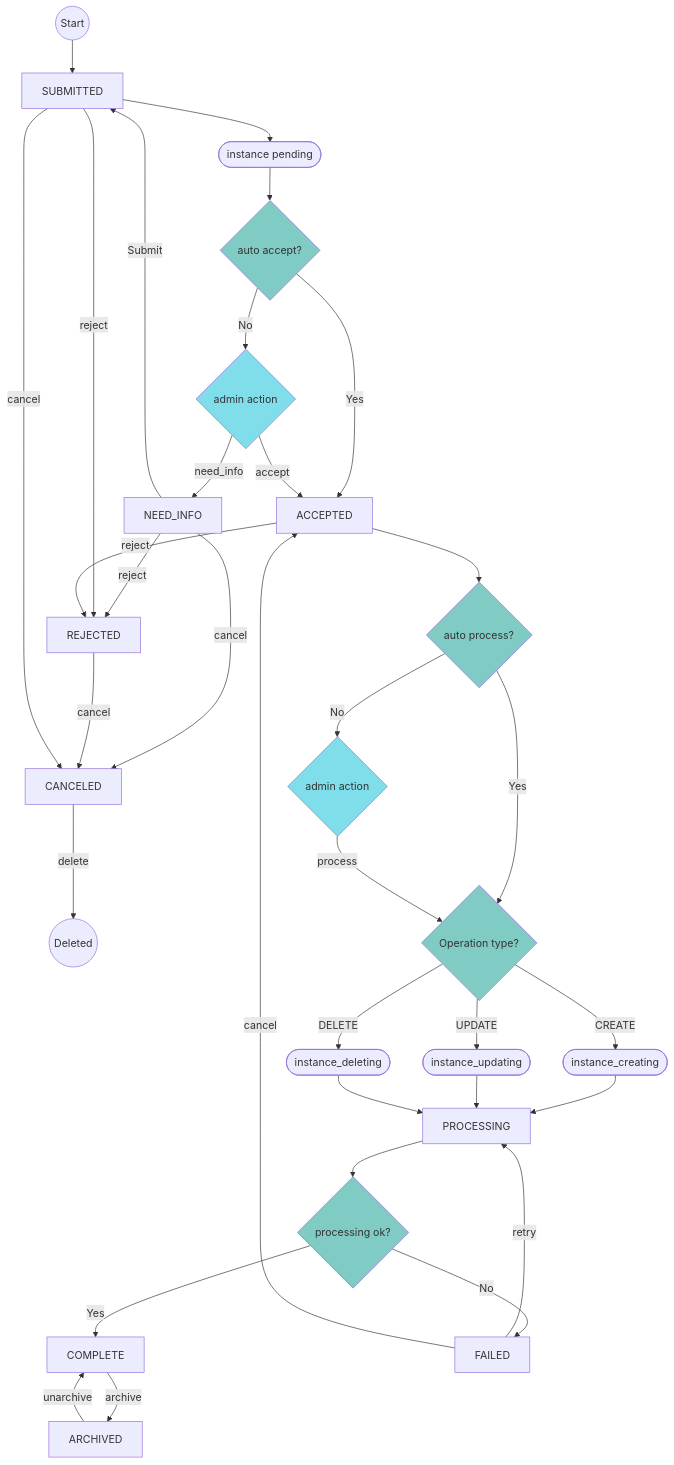
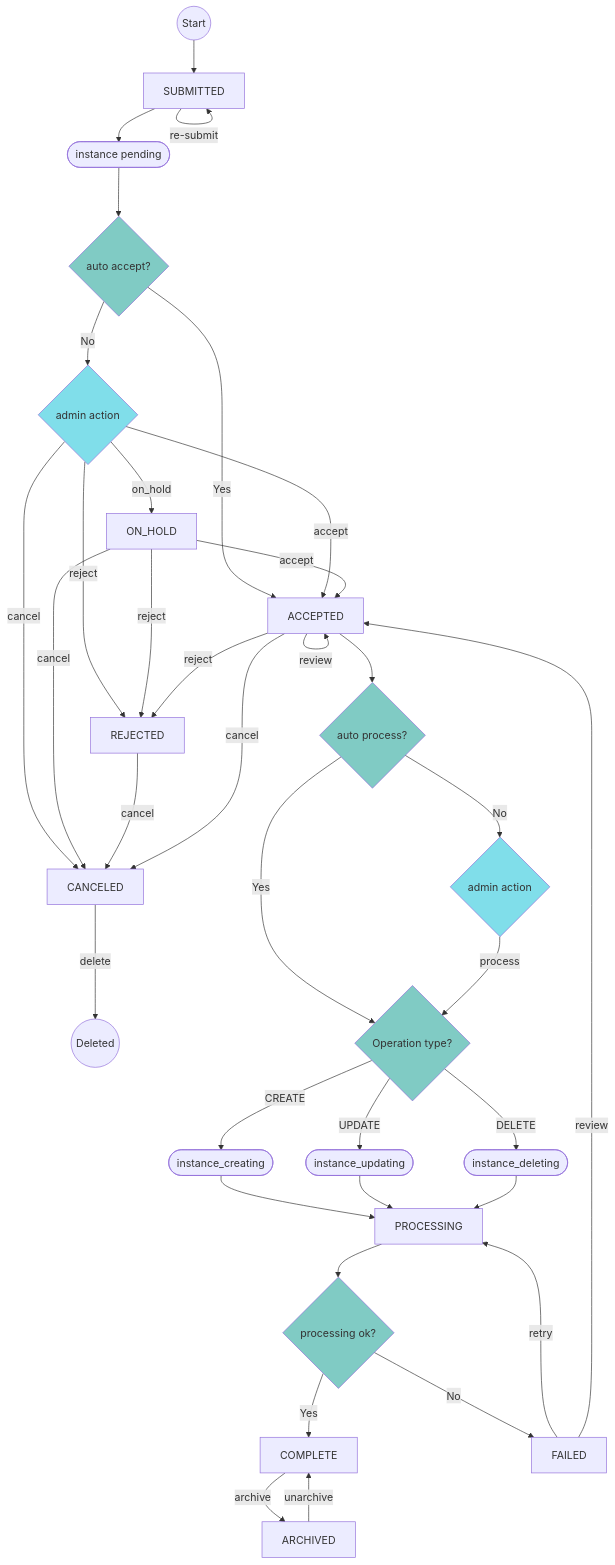
One commit to HewlettPackard/squest changed the diagram in docs/dev/request-state-machine.md. Above: the diagram before and after it, drawn with Mermaid. The commit also changed 29 other files, not shown here.

Commit message:
[Enhancement] "On hold" instead of "Need info" state

````diff
--- a/docs/dev/request-state-machine.md
+++ b/docs/dev/request-state-machine.md
@@ -5,63 +5,66 @@
 ```mermaid
 graph TB
    
     start((Start))
     submitted[SUBMITTED]
     start --> submitted
     auto_accept{auto accept?}
     style auto_accept fill:#80CBC4
     instance_pending([instance pending])
     submitted --> instance_pending
+    submitted --> |re-submit|submitted
     instance_pending --> auto_accept
     accepted[ACCEPTED]
     auto_accept -->|Yes| accepted
     admin_action_1{admin action}
     style admin_action_1 fill:#80DEEA
     auto_accept -->|No| admin_action_1
-    need_info[NEED_INFO]
-    admin_action_1 -->|need_info| need_info
+    on_hold[ON_HOLD]
+    admin_action_1 -->|on_hold| on_hold
+    admin_action_1 -->|cancel| canceled
+    admin_action_1 -->|reject| rejected
     admin_action_1 -->|accept| accepted
     rejected[REJECTED]
-    need_info -->|reject| rejected
-    need_info -->|Submit| submitted
+    on_hold -->|reject| rejected
     canceled[CANCELED]
-    need_info --> |cancel|canceled
+    on_hold --> |cancel|canceled
+    on_hold --> |accept|accepted
     rejected --> |cancel|canceled
-    submitted --> |cancel|canceled
-    submitted -->|reject| rejected
     canceled --> |delete| deleted
     deleted((Deleted))
     auto_pocess{auto process?}
     style auto_pocess fill:#80CBC4
     accepted --> auto_pocess
     accepted -->|reject| rejected
+    accepted -->|review| accepted
+    accepted -->|cancel| canceled
     auto_pocess --> |Yes| operation_type
     admin_action_2{admin action}
     auto_pocess --> |No| admin_action_2
     admin_action_2 --> |process| operation_type
     style admin_action_2 fill:#80DEEA
     operation_type{Operation type?}
     style operation_type fill:#80CBC4
     instance_creating([instance_creating])
     instance_updating([instance_updating])
     instance_deleting([instance_deleting])
     operation_type --> |CREATE| instance_creating
     operation_type --> |UPDATE| instance_updating
     operation_type --> |DELETE| instance_deleting
     processing[PROCESSING]   
     instance_creating --> processing
     instance_updating --> processing
     instance_deleting --> processing
     processing_ok{processing ok?}
     style processing_ok fill:#80CBC4
     processing --> processing_ok
     complete[COMPLETE] 
     failed[FAILED] 
     processing_ok --> |Yes| complete
     processing_ok --> |No| failed
     failed --> |retry| processing
-    failed --> |cancel| accepted
+    failed --> |review| accepted
     archived[ARCHIVED] 
     complete -->|archive| archived
     archived -->|unarchive| complete
 ```
````
